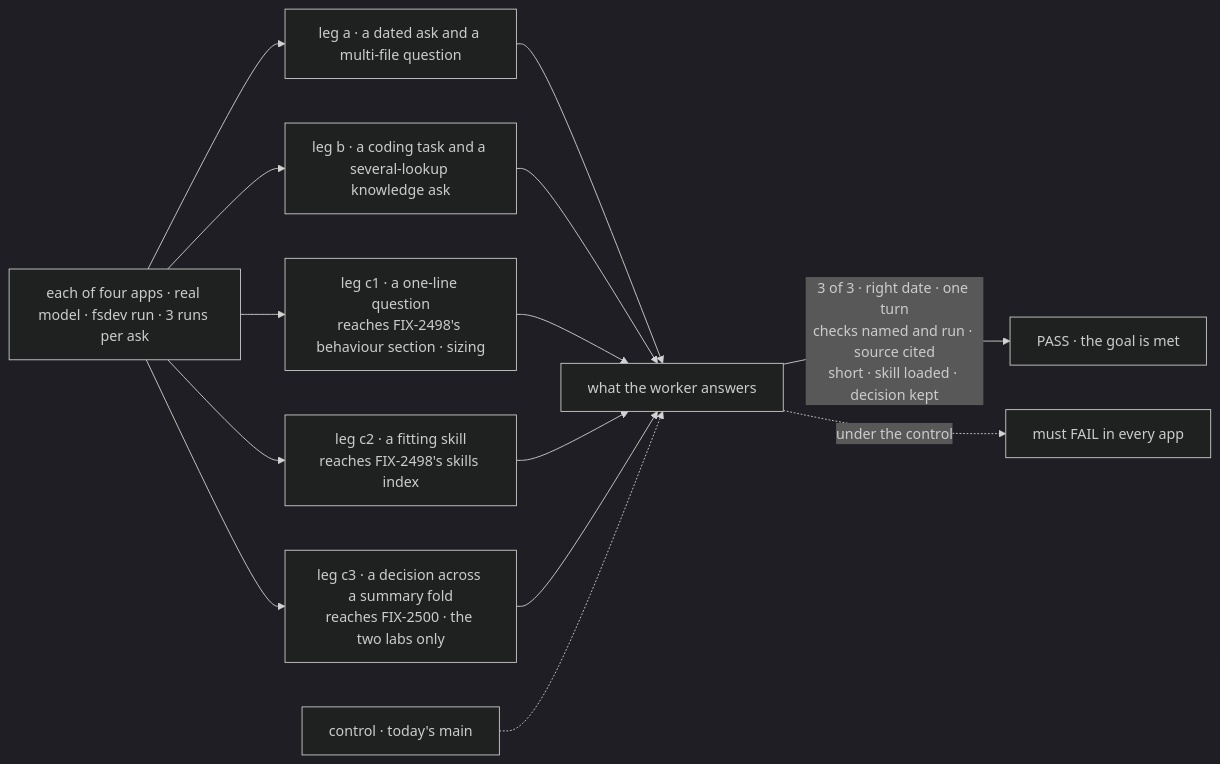
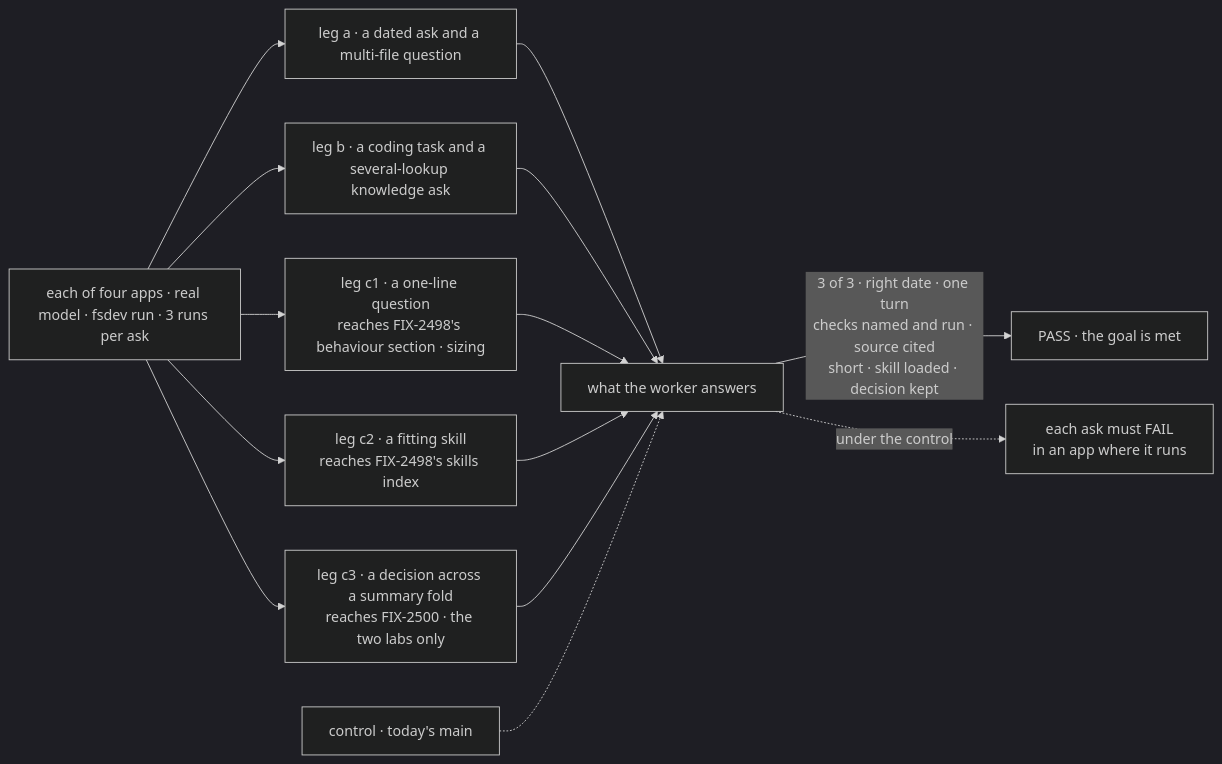
Before and after one commit to fixpoint-labs/flow-state-dev: the first of 2 diagrams in specs/epics/FIX-2490/SPEC.md, drawn with Mermaid (dark theme). The commit also changed other lines of this file and 1 other file, not shown here.

First line of the commit message:
spec(epic): FIX-2490 closure asks cannot pass vacuously; per-ask control

````diff
--- a/specs/epics/FIX-2490/SPEC.md
+++ b/specs/epics/FIX-2490/SPEC.md
@@ -33,16 +33,16 @@
 ```mermaid
 flowchart LR
   A["each of four apps · real model · fsdev run · 3 runs per ask"] --> L1["leg a · a dated ask and a multi-file question"]
   A --> L2["leg b · a coding task and a several-lookup knowledge ask"]
   A --> C1["leg c1 · a one-line question<br/>reaches FIX-2498's behaviour section · sizing"]
   A --> C2["leg c2 · a fitting skill<br/>reaches FIX-2498's skills index"]
   A --> C3["leg c3 · a decision across a summary fold<br/>reaches FIX-2500 · the two labs only"]
   L1 --> T["what the worker answers"]
   L2 --> T
   C1 --> T
   C2 --> T
   C3 --> T
   T -->|"3 of 3 · right date · one turn<br/>checks named and run · source cited<br/>short · skill loaded · decision kept"| P["PASS · the goal is met"]
   C["control · today's main"] -.-> T
-  T -.->|"under the control"| F["must FAIL in every app"]
+  T -.->|"under the control"| F["each ask must FAIL<br/>in an app where it runs"]
 ```
````
